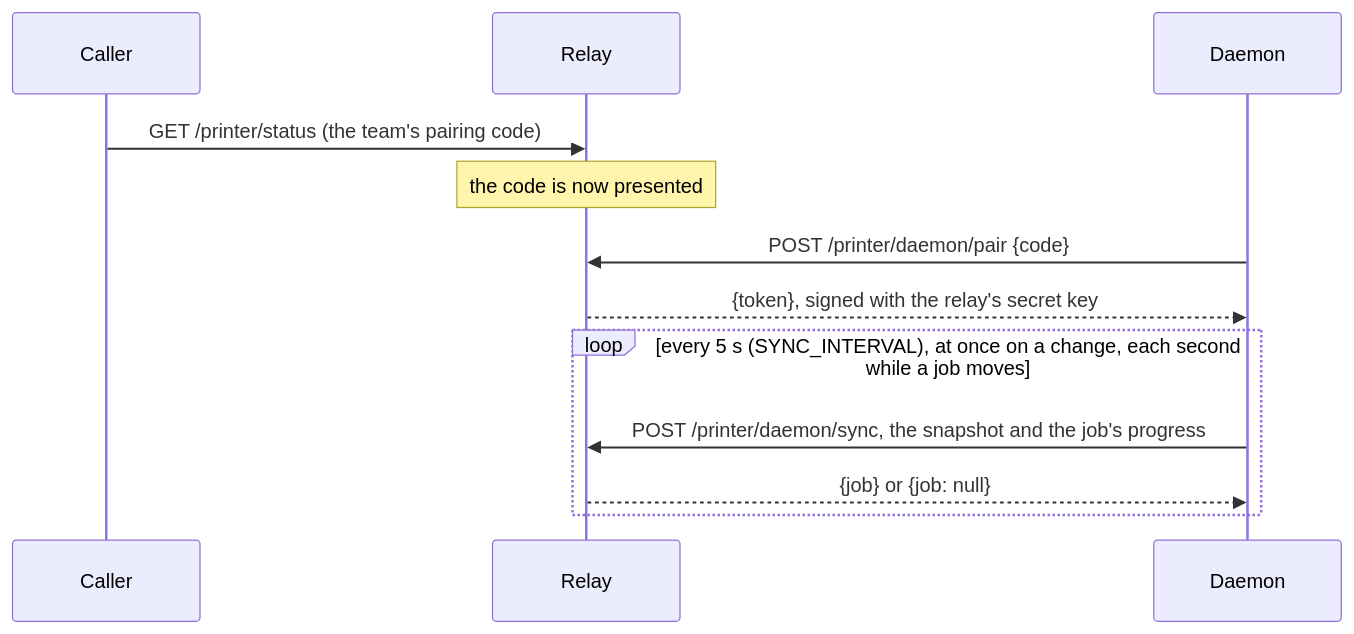
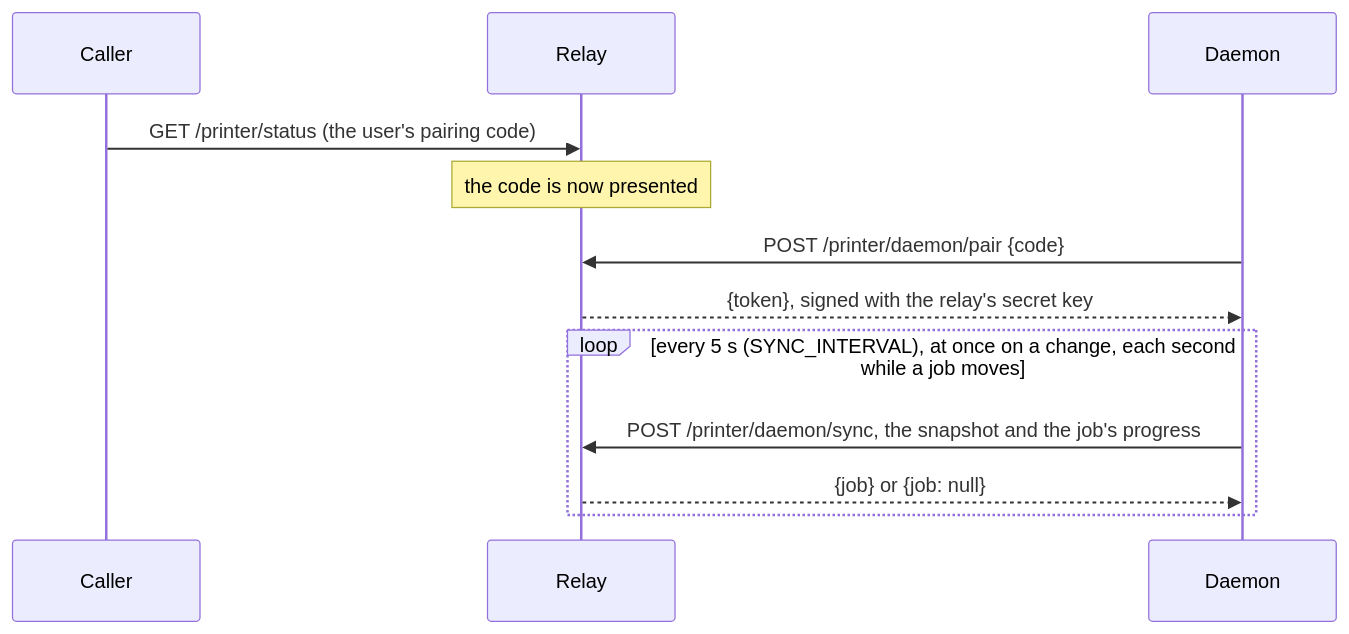
One commit to 6238/PenguinSlicer changed the first of 2 diagrams in delivery/README.md. Above: the diagram before and after it, drawn with Mermaid. The commit also changed other lines of this file and 14 other files, not shown here.

````diff
--- a/delivery/README.md
+++ b/delivery/README.md
@@ -181,14 +219,14 @@
 ```mermaid
 sequenceDiagram
     participant C as Caller
     participant R as Relay
     participant D as Daemon
-    C->>R: GET /printer/status (the team's pairing code)
+    C->>R: GET /printer/status (the user's pairing code)
     Note over R: the code is now presented
     D->>R: POST /printer/daemon/pair {code}
     R-->>D: {token}, signed with the relay's secret key
     loop every 5 s (SYNC_INTERVAL), at once on a change, each second while a job moves
         D->>R: POST /printer/daemon/sync, the snapshot and the job's progress
         R-->>D: {job} or {job: null}
     end
 ```
````
